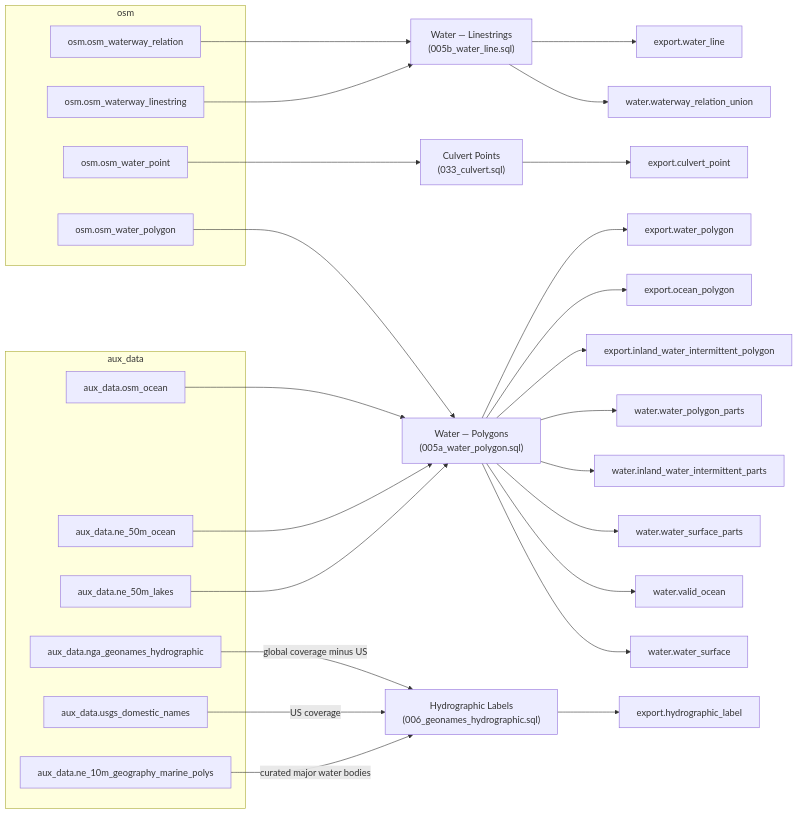
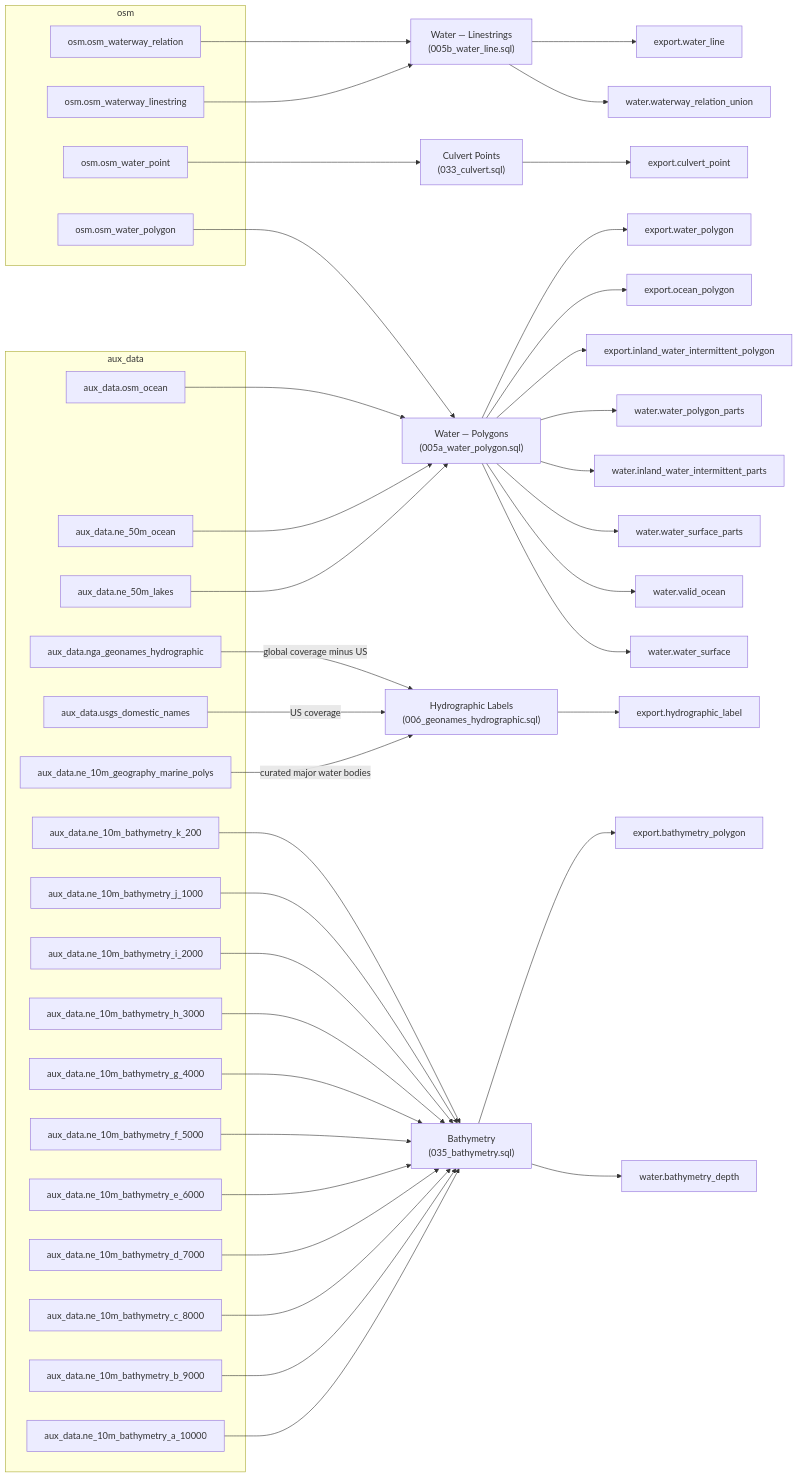
The second of 10 diagrams in docs/schema/database.md (ReleasableBasemapTiles/abt), drawn with Mermaid before and after one commit. The commit also changed other lines of this file and 9 other files, not shown here.

First line of the commit message:
feat(schema): add bathymetry_polygon depth bands from Natural Earth

````diff
--- a/docs/schema/database.md
+++ b/docs/schema/database.md
@@ -64,55 +64,82 @@
 ```mermaid
 flowchart LR
     subgraph src_osm ["osm"]
         osm_osm_water_polygon["osm.osm_water_polygon"]
         osm_osm_waterway_relation["osm.osm_waterway_relation"]
         osm_osm_waterway_linestring["osm.osm_waterway_linestring"]
         osm_osm_water_point["osm.osm_water_point"]
     end
     subgraph src_aux ["aux_data"]
         aux_data_osm_ocean["aux_data.osm_ocean"]
         aux_data_ne_50m_ocean["aux_data.ne_50m_ocean"]
         aux_data_ne_50m_lakes["aux_data.ne_50m_lakes"]
         aux_data_nga_geonames_hydrographic["aux_data.nga_geonames_hydrographic"]
         aux_data_usgs_domestic_names["aux_data.usgs_domestic_names"]
         aux_data_ne_10m_geography_marine_polys["aux_data.ne_10m_geography_marine_polys"]
+        aux_data_ne_10m_bathymetry_k_200["aux_data.ne_10m_bathymetry_k_200"]
+        aux_data_ne_10m_bathymetry_j_1000["aux_data.ne_10m_bathymetry_j_1000"]
+        aux_data_ne_10m_bathymetry_i_2000["aux_data.ne_10m_bathymetry_i_2000"]
+        aux_data_ne_10m_bathymetry_h_3000["aux_data.ne_10m_bathymetry_h_3000"]
+        aux_data_ne_10m_bathymetry_g_4000["aux_data.ne_10m_bathymetry_g_4000"]
+        aux_data_ne_10m_bathymetry_f_5000["aux_data.ne_10m_bathymetry_f_5000"]
+        aux_data_ne_10m_bathymetry_e_6000["aux_data.ne_10m_bathymetry_e_6000"]
+        aux_data_ne_10m_bathymetry_d_7000["aux_data.ne_10m_bathymetry_d_7000"]
+        aux_data_ne_10m_bathymetry_c_8000["aux_data.ne_10m_bathymetry_c_8000"]
+        aux_data_ne_10m_bathymetry_b_9000["aux_data.ne_10m_bathymetry_b_9000"]
+        aux_data_ne_10m_bathymetry_a_10000["aux_data.ne_10m_bathymetry_a_10000"]
     end
     script_005a_water_polygon["Water — Polygons<br/>(005a_water_polygon.sql)"]
     osm_osm_water_polygon --> script_005a_water_polygon
     aux_data_osm_ocean --> script_005a_water_polygon
     aux_data_ne_50m_ocean --> script_005a_water_polygon
     aux_data_ne_50m_lakes --> script_005a_water_polygon
     inter_water_water_surface["water.water_surface"]
     script_005a_water_polygon --> inter_water_water_surface
     inter_water_valid_ocean["water.valid_ocean"]
     script_005a_water_polygon --> inter_water_valid_ocean
     inter_water_water_surface_parts["water.water_surface_parts"]
     script_005a_water_polygon --> inter_water_water_surface_parts
     inter_water_inland_water_intermittent_parts["water.inland_water_intermittent_parts"]
     script_005a_water_polygon --> inter_water_inland_water_intermittent_parts
     inter_water_water_polygon_parts["water.water_polygon_parts"]
     script_005a_water_polygon --> inter_water_water_polygon_parts
     export_inland_water_intermittent_polygon["export.inland_water_intermittent_polygon"]
     script_005a_water_polygon --> export_inland_water_intermittent_polygon
     export_ocean_polygon["export.ocean_polygon"]
     script_005a_water_polygon --> export_ocean_polygon
     export_water_polygon["export.water_polygon"]
     script_005a_water_polygon --> export_water_polygon
     script_005b_water_line["Water — Linestrings<br/>(005b_water_line.sql)"]
     osm_osm_waterway_relation --> script_005b_water_line
     osm_osm_waterway_linestring --> script_005b_water_line
     inter_water_waterway_relation_union["water.waterway_relation_union"]
     script_005b_water_line --> inter_water_waterway_relation_union
     export_water_line["export.water_line"]
     script_005b_water_line --> export_water_line
     script_006_geonames_hydrographic["Hydrographic Labels<br/>(006_geonames_hydrographic.sql)"]
     aux_data_nga_geonames_hydrographic -->|"global coverage minus US"| script_006_geonames_hydrographic
     aux_data_usgs_domestic_names -->|"US coverage"| script_006_geonames_hydrographic
     aux_data_ne_10m_geography_marine_polys -->|"curated major water bodies"| script_006_geonames_hydrographic
     export_hydrographic_label["export.hydrographic_label"]
     script_006_geonames_hydrographic --> export_hydrographic_label
     script_033_culvert["Culvert Points<br/>(033_culvert.sql)"]
     osm_osm_water_point --> script_033_culvert
     export_culvert_point["export.culvert_point"]
     script_033_culvert --> export_culvert_point
+    script_035_bathymetry["Bathymetry<br/>(035_bathymetry.sql)"]
+    aux_data_ne_10m_bathymetry_k_200 --> script_035_bathymetry
+    aux_data_ne_10m_bathymetry_j_1000 --> script_035_bathymetry
+    aux_data_ne_10m_bathymetry_i_2000 --> script_035_bathymetry
+    aux_data_ne_10m_bathymetry_h_3000 --> script_035_bathymetry
+    aux_data_ne_10m_bathymetry_g_4000 --> script_035_bathymetry
+    aux_data_ne_10m_bathymetry_f_5000 --> script_035_bathymetry
+    aux_data_ne_10m_bathymetry_e_6000 --> script_035_bathymetry
+    aux_data_ne_10m_bathymetry_d_7000 --> script_035_bathymetry
+    aux_data_ne_10m_bathymetry_c_8000 --> script_035_bathymetry
+    aux_data_ne_10m_bathymetry_b_9000 --> script_035_bathymetry
+    aux_data_ne_10m_bathymetry_a_10000 --> script_035_bathymetry
+    inter_water_bathymetry_depth["water.bathymetry_depth"]
+    script_035_bathymetry --> inter_water_bathymetry_depth
+    export_bathymetry_polygon["export.bathymetry_polygon"]
+    script_035_bathymetry --> export_bathymetry_polygon
 ```
````
